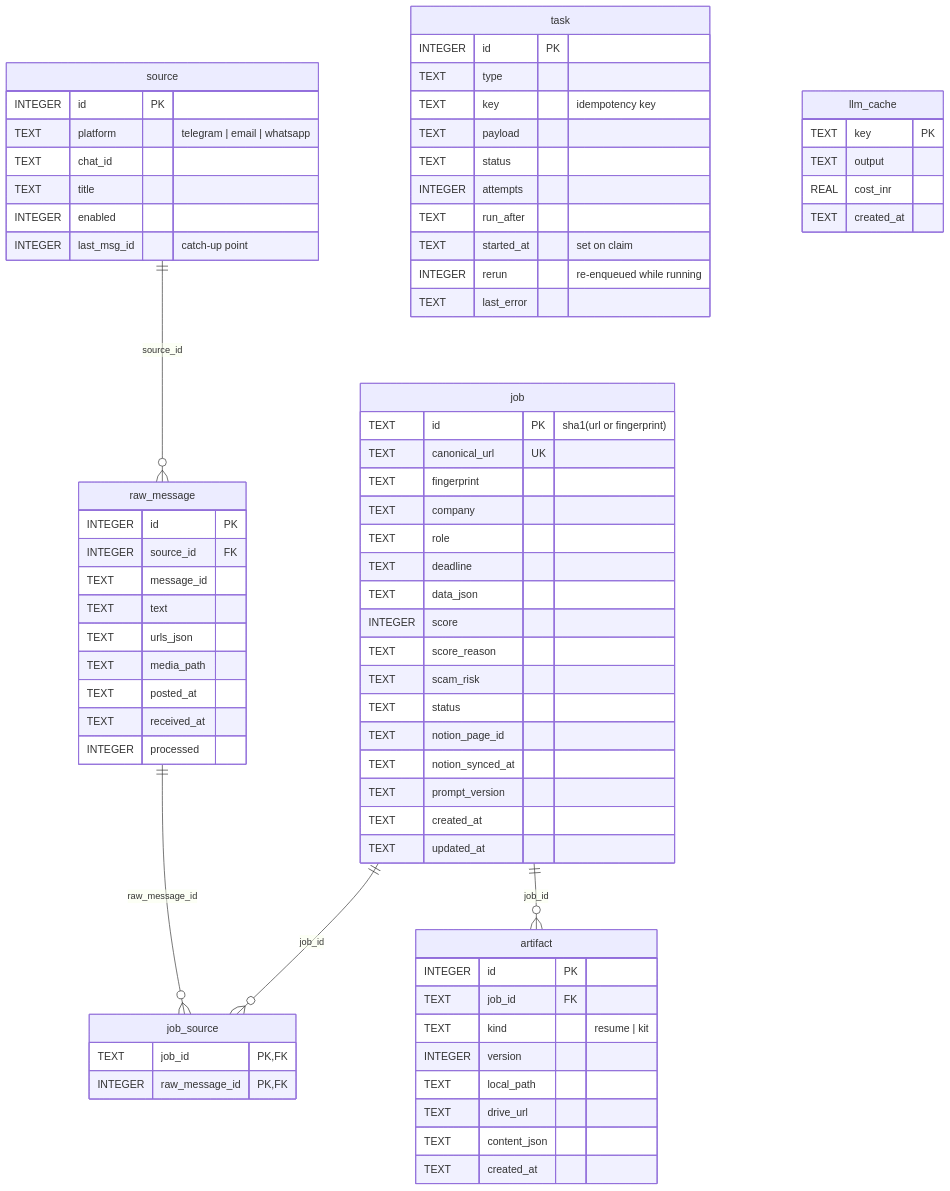
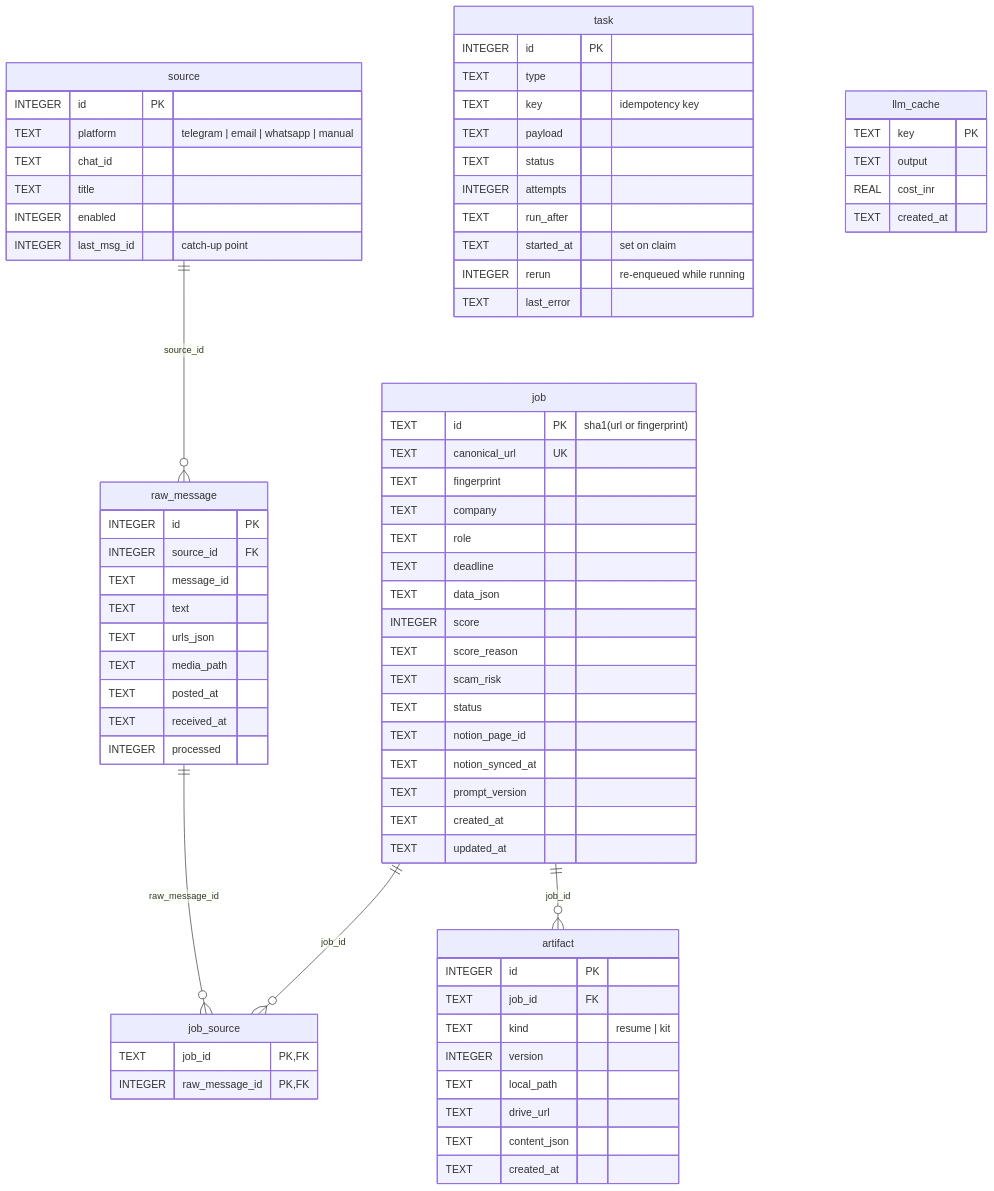
The first of 6 diagrams in docs/LLD.md (ThePlator/JobRadar), drawn with Mermaid before and after one commit. The commit also changed other lines of this file and 23 other files, not shown here.

````diff
--- a/docs/LLD.md
+++ b/docs/LLD.md
@@ -177,77 +177,77 @@
 ```mermaid
 erDiagram
     source ||--o{ raw_message : "source_id"
     raw_message ||--o{ job_source : "raw_message_id"
     job ||--o{ job_source : "job_id"
     job ||--o{ artifact : "job_id"
 
     source {
         INTEGER id PK
-        TEXT platform "telegram | email | whatsapp"
+        TEXT platform "telegram | email | whatsapp | manual"
         TEXT chat_id
         TEXT title
         INTEGER enabled
         INTEGER last_msg_id "catch-up point"
     }
     raw_message {
         INTEGER id PK
         INTEGER source_id FK
         TEXT message_id
         TEXT text
         TEXT urls_json
         TEXT media_path
         TEXT posted_at
         TEXT received_at
         INTEGER processed
     }
     job {
         TEXT id PK "sha1(url or fingerprint)"
         TEXT canonical_url UK
         TEXT fingerprint
         TEXT company
         TEXT role
         TEXT deadline
         TEXT data_json
         INTEGER score
         TEXT score_reason
         TEXT scam_risk
         TEXT status
         TEXT notion_page_id
         TEXT notion_synced_at
         TEXT prompt_version
         TEXT created_at
         TEXT updated_at
     }
     job_source {
         TEXT job_id PK, FK
         INTEGER raw_message_id PK, FK
     }
     artifact {
         INTEGER id PK
         TEXT job_id FK
         TEXT kind "resume | kit"
         INTEGER version
         TEXT local_path
         TEXT drive_url
         TEXT content_json
         TEXT created_at
     }
     task {
         INTEGER id PK
         TEXT type
         TEXT key "idempotency key"
         TEXT payload
         TEXT status
         INTEGER attempts
         TEXT run_after
         TEXT started_at "set on claim"
         INTEGER rerun "re-enqueued while running"
         TEXT last_error
     }
     llm_cache {
         TEXT key PK
         TEXT output
         REAL cost_inr
         TEXT created_at
     }
 ```
````
